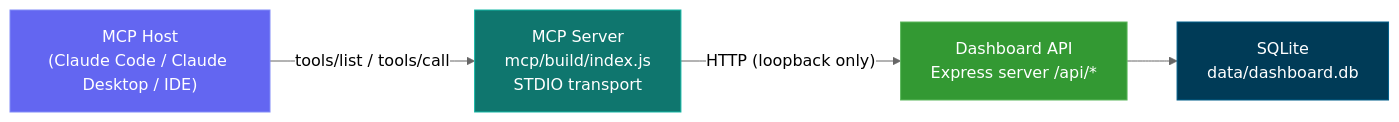
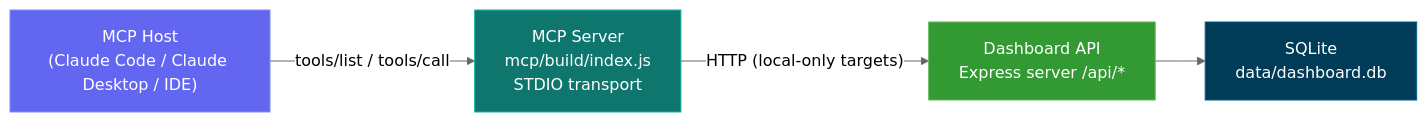
One commit to mirkanu/gsd-dashboard changed the first of 6 diagrams in mcp/README.md. Above: the diagram before and after it, drawn with Mermaid (neutral theme). The commit also changed other lines of this file and 10 other files, not shown here.

Commit message:
feat: enhance documentation and add local MCP server support with extension scaffolding

````diff
--- a/mcp/README.md
+++ b/mcp/README.md
@@ -34,16 +35,16 @@
 ```mermaid
 graph LR
     HOST["MCP Host<br/>(Claude Code / Claude Desktop / IDE)"]
     MCP["MCP Server<br/>mcp/build/index.js<br/>STDIO transport"]
     API["Dashboard API<br/>Express server /api/*"]
     DB["SQLite<br/>data/dashboard.db"]
 
     HOST -->|"tools/list / tools/call"| MCP
-    MCP -->|"HTTP (loopback only)"| API
+    MCP -->|"HTTP (local-only targets)"| API
     API --> DB
 
     style HOST fill:#6366f1,stroke:#818cf8,color:#fff
     style MCP fill:#0f766e,stroke:#14b8a6,color:#fff
     style API fill:#339933,stroke:#5cb85c,color:#fff
     style DB fill:#003B57,stroke:#005f8a,color:#fff
 ```
````
